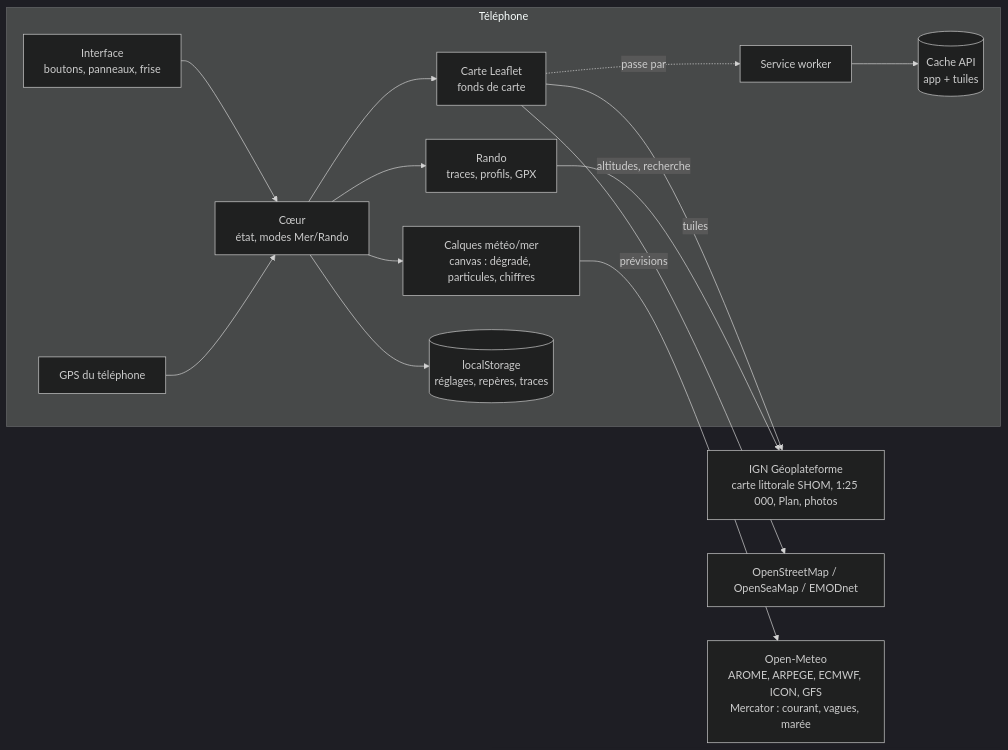
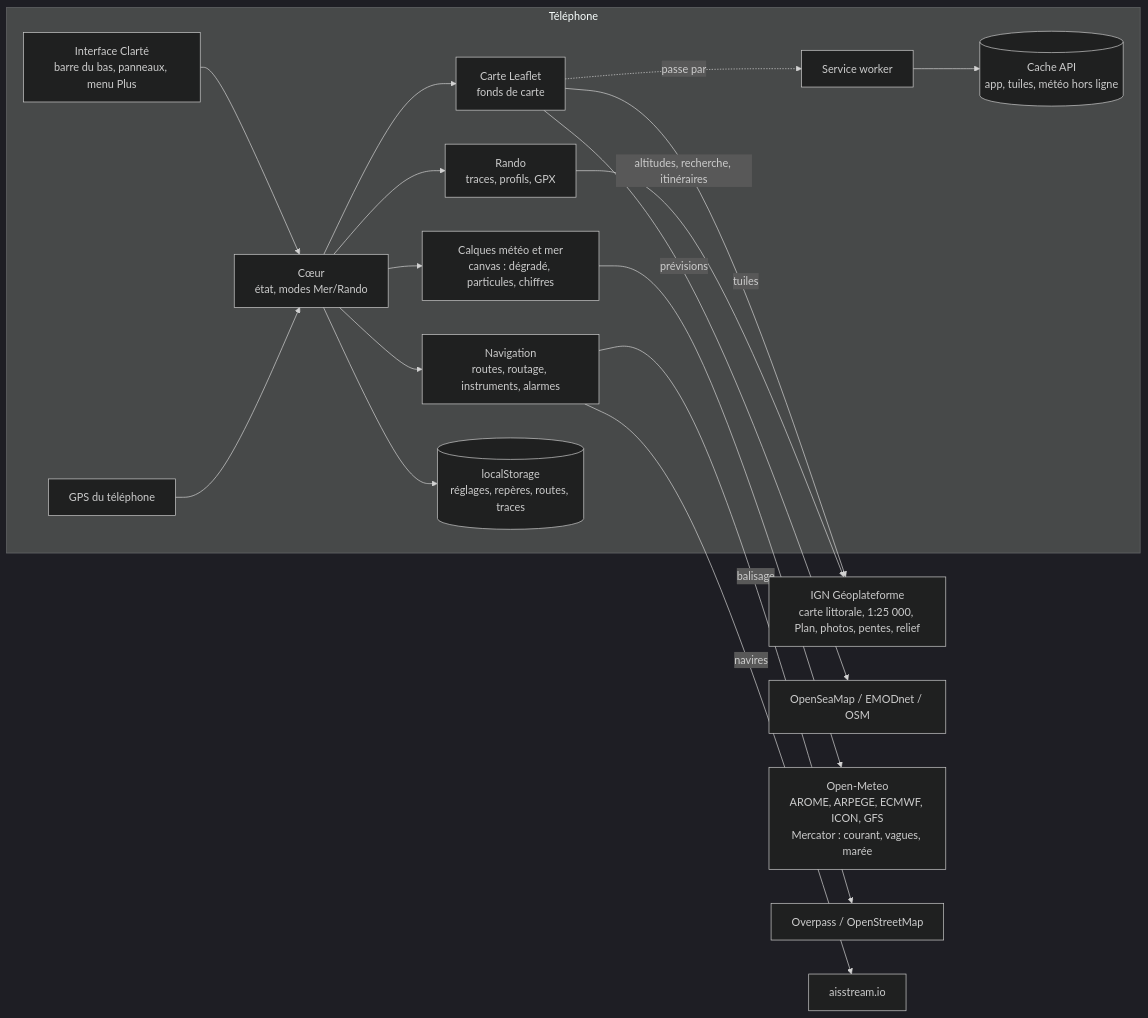
Before and after one commit to Wagido/navshom: the first of 2 diagrams in docs/ARCHITECTURE.md, drawn with Mermaid (dark theme). The commit also changed other lines of this file, not shown here.

````diff
--- a/docs/ARCHITECTURE.md
+++ b/docs/ARCHITECTURE.md
@@ -59,17 +76,20 @@
 ```mermaid
 flowchart LR
   subgraph Téléphone
-    UI[Interface<br/>boutons, panneaux, frise] --> Core
+    UI[Interface Clarté<br/>barre du bas, panneaux, menu Plus] --> Core
     GPS[GPS du téléphone] --> Core[Cœur<br/>état, modes Mer/Rando]
     Core --> Map[Carte Leaflet<br/>fonds de carte]
-    Core --> Ovl[Calques météo/mer<br/>canvas : dégradé, particules, chiffres]
+    Core --> Ovl[Calques météo et mer<br/>canvas : dégradé, particules, chiffres]
+    Core --> Nav[Navigation<br/>routes, routage, instruments, alarmes]
     Core --> Rando[Rando<br/>traces, profils, GPX]
-    Core --> Store[(localStorage<br/>réglages, repères, traces)]
-    SW[Service worker] --> Cache[(Cache API<br/>app + tuiles)]
+    Core --> Store[(localStorage<br/>réglages, repères, routes, traces)]
+    SW[Service worker] --> Cache[(Cache API<br/>app, tuiles, météo hors ligne)]
   end
-  Map -->|tuiles| IGN[IGN Géoplateforme<br/>carte littorale SHOM, 1:25 000, Plan, photos]
-  Map --> OSM[OpenStreetMap / OpenSeaMap / EMODnet]
+  Map -->|tuiles| IGN[IGN Géoplateforme<br/>carte littorale, 1:25 000, Plan, photos, pentes, relief]
+  Map --> OSM[OpenSeaMap / EMODnet / OSM]
   Ovl -->|prévisions| OM[Open-Meteo<br/>AROME, ARPEGE, ECMWF, ICON, GFS<br/>Mercator : courant, vagues, marée]
-  Rando -->|altitudes, recherche| IGN
+  Nav -->|balisage| OV[Overpass / OpenStreetMap]
+  Nav -->|navires| AIS[aisstream.io]
+  Rando -->|altitudes, recherche, itinéraires| IGN
   Map -.passe par.-> SW
 ```
````
